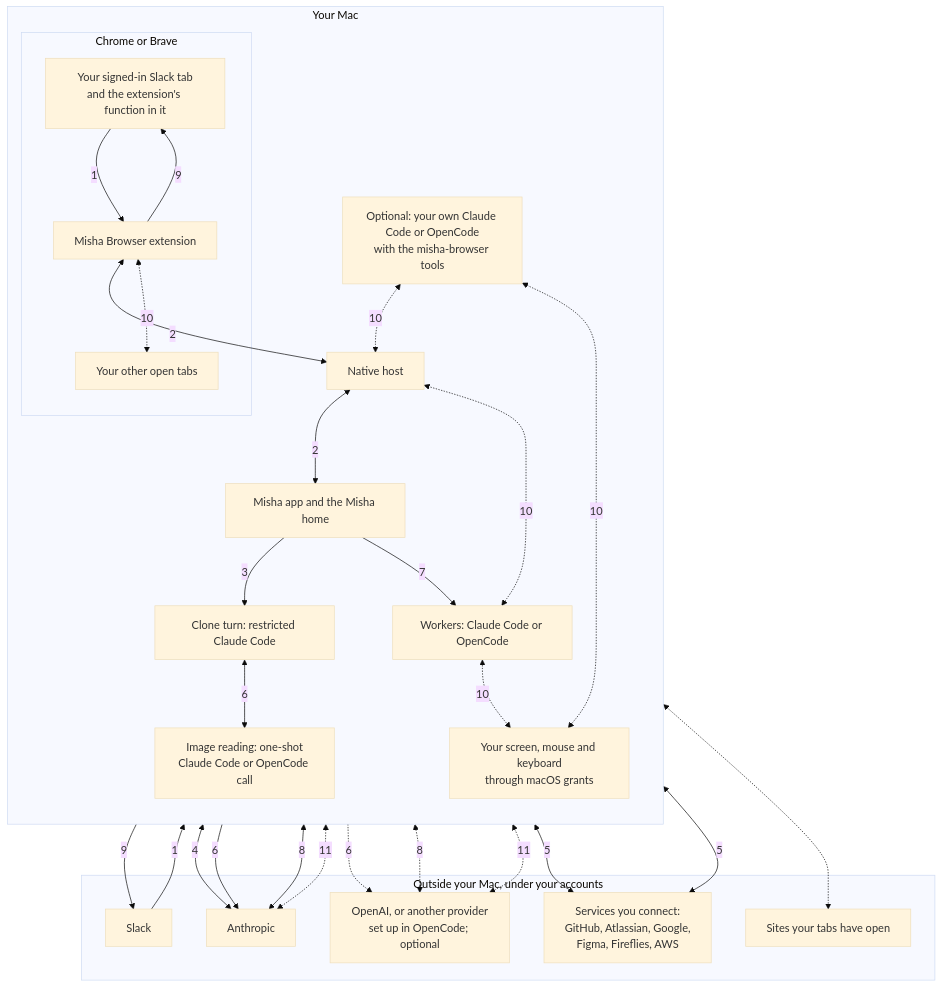
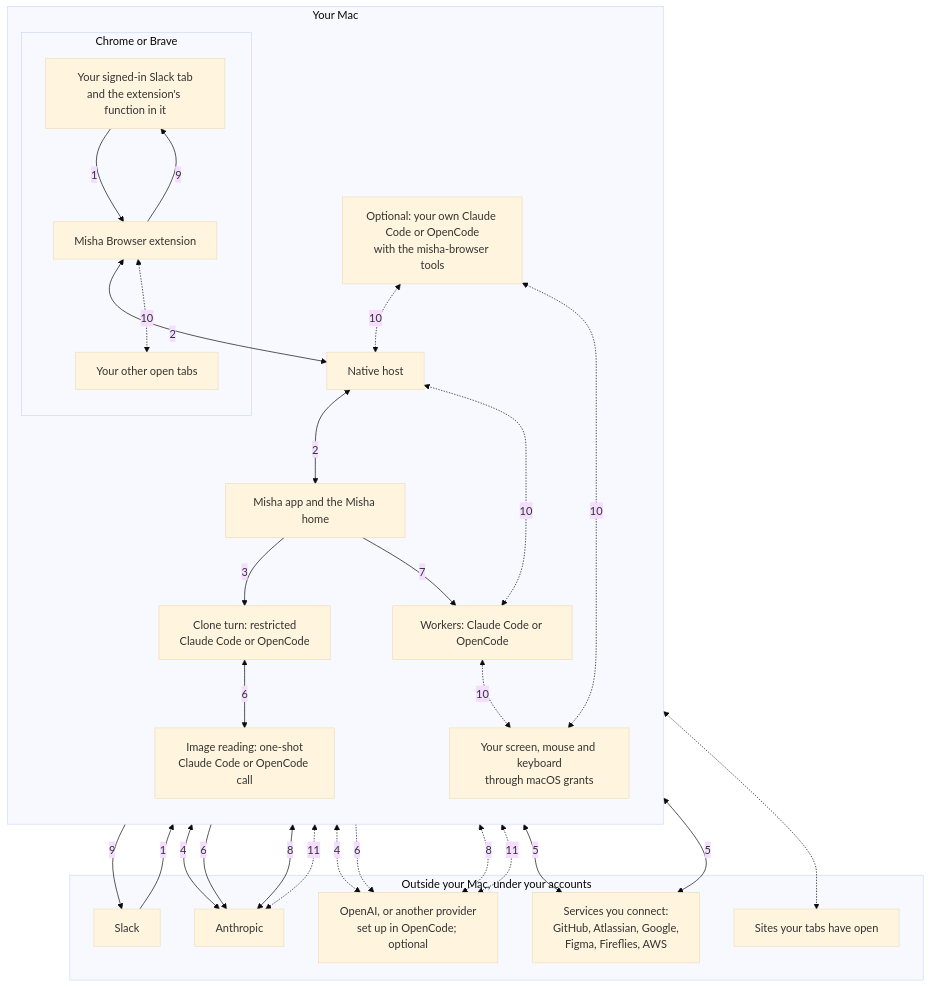
Before and after one commit to dumdummisha/docs: the diagram in diagrams/where-data-goes.mmd, drawn with Mermaid (base theme). The commit also changed 11 other files, not shown here.

```diff
--- a/diagrams/where-data-goes.mmd
+++ b/diagrams/where-data-goes.mmd
@@ -1,48 +1,49 @@
 flowchart TB
   subgraph mac["Your Mac"]
     direction TB
     subgraph browser["Chrome or Brave"]
       tab["Your signed-in Slack tab<br/>and the extension's function in it"]
       ext["Misha Browser extension"]
       tabs["Your other open tabs"]
     end
     host["Native host"]
     app["Misha app and the Misha home"]
-    clone["Clone turn: restricted Claude Code"]
+    clone["Clone turn: restricted<br/>Claude Code or OpenCode"]
     vision["Image reading: one-shot<br/>Claude Code or OpenCode call"]
     workers["Workers: Claude Code or OpenCode"]
     own["Optional: your own Claude Code or OpenCode<br/>with the misha-browser tools"]
     desktop["Your screen, mouse and keyboard<br/>through macOS grants"]
   end
   subgraph outside["Outside your Mac, under your accounts"]
     slack["Slack"]
     anthropic["Anthropic"]
     openai["OpenAI, or another provider<br/>set up in OpenCode; optional"]
     services["Services you connect:<br/>GitHub, Atlassian, Google,<br/>Figma, Fireflies, AWS"]
     sites["Sites your tabs have open"]
   end
 
   slack -- "1" --> tab
   tab -- "1" --> ext
   ext <-->|"2"| host
   host <-->|"2"| app
   app -- "3" --> clone
   clone <-->|"4"| anthropic
+  clone <-.->|"4"| openai
   clone <-->|"5"| services
   clone <-->|"6"| vision
   vision -- "6" --> anthropic
   vision -. "6" .-> openai
   app -- "7" --> workers
   workers <-->|"8"| anthropic
   workers <-.->|"8"| openai
   workers <-->|"5"| services
   ext -- "9" --> tab
   tab -- "9" --> slack
   own <-.->|"10"| host
   workers <-.->|"10"| host
   ext <-.->|"10"| tabs
   tabs <-.-> sites
   own <-.->|"10"| desktop
   workers <-.->|"10"| desktop
   own <-.->|"11"| anthropic
   own <-.->|"11"| openai
```
